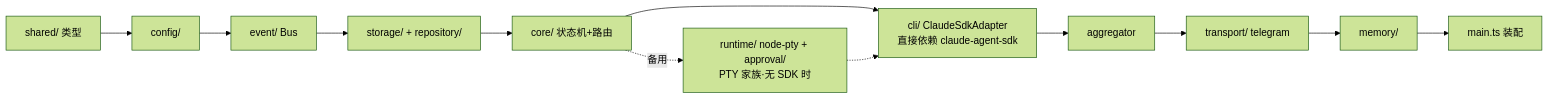
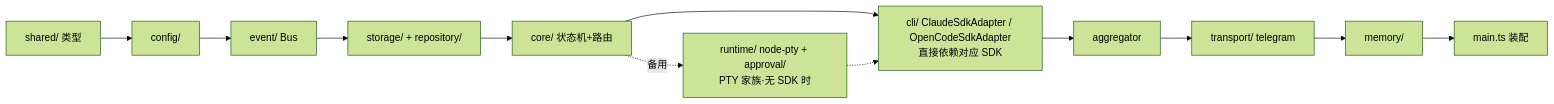
Before and after one commit to ygq-future/ai-cli-hub: the first of 2 diagrams in docs/05-Implementation-Plan.md, drawn with Mermaid (forest theme). The commit also changed other lines of this file and 32 other files, not shown here.

````diff
--- a/docs/05-Implementation-Plan.md
+++ b/docs/05-Implementation-Plan.md
@@ -13,14 +13,14 @@
 ```mermaid
 flowchart LR
     A[shared/ 类型] --> B[config/]
     B --> C[event/ Bus]
     C --> D[storage/ + repository/]
     D --> E[core/ 状态机+路由]
-    E --> F[cli/ ClaudeSdkAdapter<br/>直接依赖 claude-agent-sdk]
+    E --> F[cli/ ClaudeSdkAdapter / OpenCodeSdkAdapter<br/>直接依赖对应 SDK]
     F --> H[aggregator]
     H --> I[transport/ telegram]
     I --> J[memory/]
     J --> K[main.ts 装配]
     E -.备用.-> P[runtime/ node-pty + approval/<br/>PTY 家族·无 SDK 时]
     P -.-> F
 ```
````
